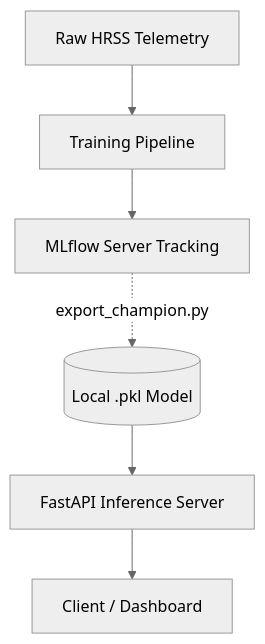
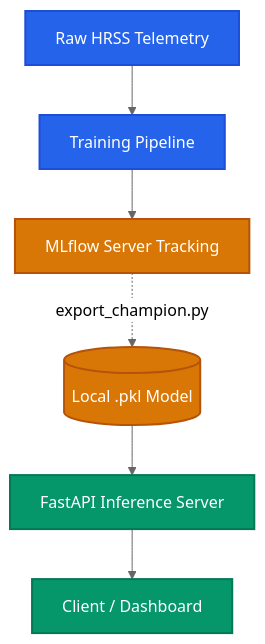
The diagram in README.md (Arfiadi/HRSS-recommendation-system), drawn with Mermaid (neutral theme) before and after one commit. The commit also changed other lines of this file, not shown here.

````diff
--- a/README.md
+++ b/README.md
@@ -70,8 +95,12 @@
 ```mermaid
 graph TD
-    A[Raw HRSS Telemetry] --> B[Training Pipeline]
-    B --> C[MLflow Server Tracking]
-    C -.->|export_champion.py| D[(Local .pkl Model)]
-    D --> E[FastAPI Inference Server]
-    E --> F[Client / Dashboard]
+    classDef primary fill:#2563eb,stroke:#1d4ed8,stroke-width:2px,color:#fff;
+    classDef secondary fill:#059669,stroke:#047857,stroke-width:2px,color:#fff;
+    classDef storage fill:#d97706,stroke:#b45309,stroke-width:2px,color:#fff;
+    
+    A[Raw HRSS Telemetry]:::primary --> B[Training Pipeline]:::primary
+    B --> C[MLflow Server Tracking]:::storage
+    C -.->|export_champion.py| D[(Local .pkl Model)]:::storage
+    D --> E[FastAPI Inference Server]:::secondary
+    E --> F[Client / Dashboard]:::secondary
 ```
````
